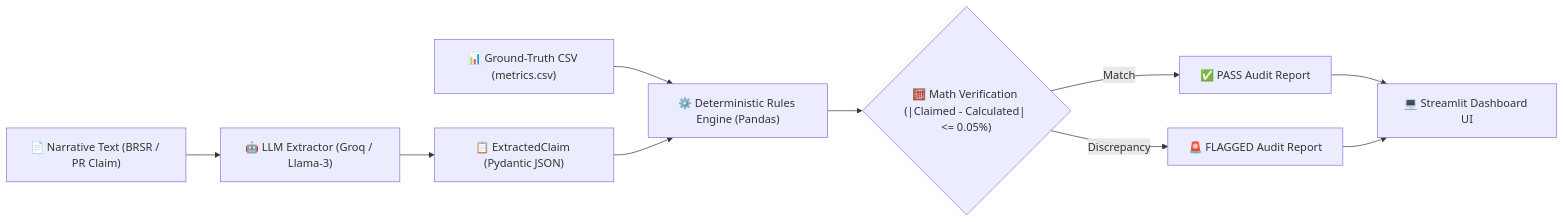
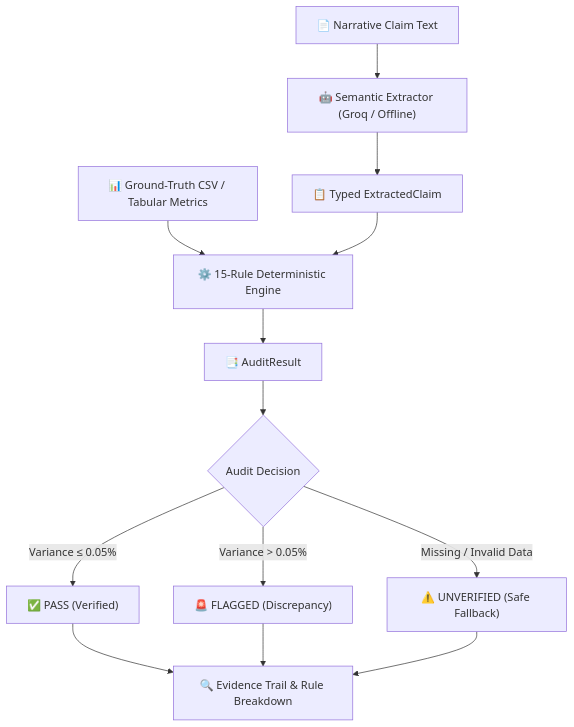
One commit to Adityaa10101/ClaimGuard changed the diagram in README.md. Above: the diagram before and after it, drawn with Mermaid. The commit also changed other lines of this file, not shown here.

Commit message:
docs: update README for current MVP and roadmap

````diff
--- a/README.md
+++ b/README.md
@@ -33,12 +54,15 @@
 ```mermaid
-flowchart LR
-    A["📄 Narrative Text (BRSR / PR Claim)"] --> B["🤖 LLM Extractor (Groq / Llama-3)"]
-    B --> C["📋 ExtractedClaim (Pydantic JSON)"]
-    D["📊 Ground-Truth CSV (metrics.csv)"] --> E["⚙️ Deterministic Rules Engine (Pandas)"]
+flowchart TD
+    A["📄 Narrative Claim Text"] --> B["🤖 Semantic Extractor (Groq / Offline)"]
+    B --> C["📋 Typed ExtractedClaim"]
+    D["📊 Ground-Truth CSV / Tabular Metrics"] --> E["⚙️ 15-Rule Deterministic Engine"]
     C --> E
-    E --> F{"🧮 Math Verification (|Claimed - Calculated| <= 0.05%)"}
-    F -- "Match" --> G["✅ PASS Audit Report"]
-    F -- "Discrepancy" --> H["🚨 FLAGGED Audit Report"]
-    G --> I["💻 Streamlit Dashboard UI"]
-    H --> I
+    E --> F["📑 AuditResult"]
+    F --> G{"Audit Decision"}
+    G -->|"Variance ≤ 0.05%"| H["✅ PASS (Verified)"]
+    G -->|"Variance > 0.05%"| I["🚨 FLAGGED (Discrepancy)"]
+    G -->|"Missing / Invalid Data"| J["⚠️ UNVERIFIED (Safe Fallback)"]
+    H --> K["🔍 Evidence Trail & Rule Breakdown"]
+    I --> K
+    J --> K
 ```
````
